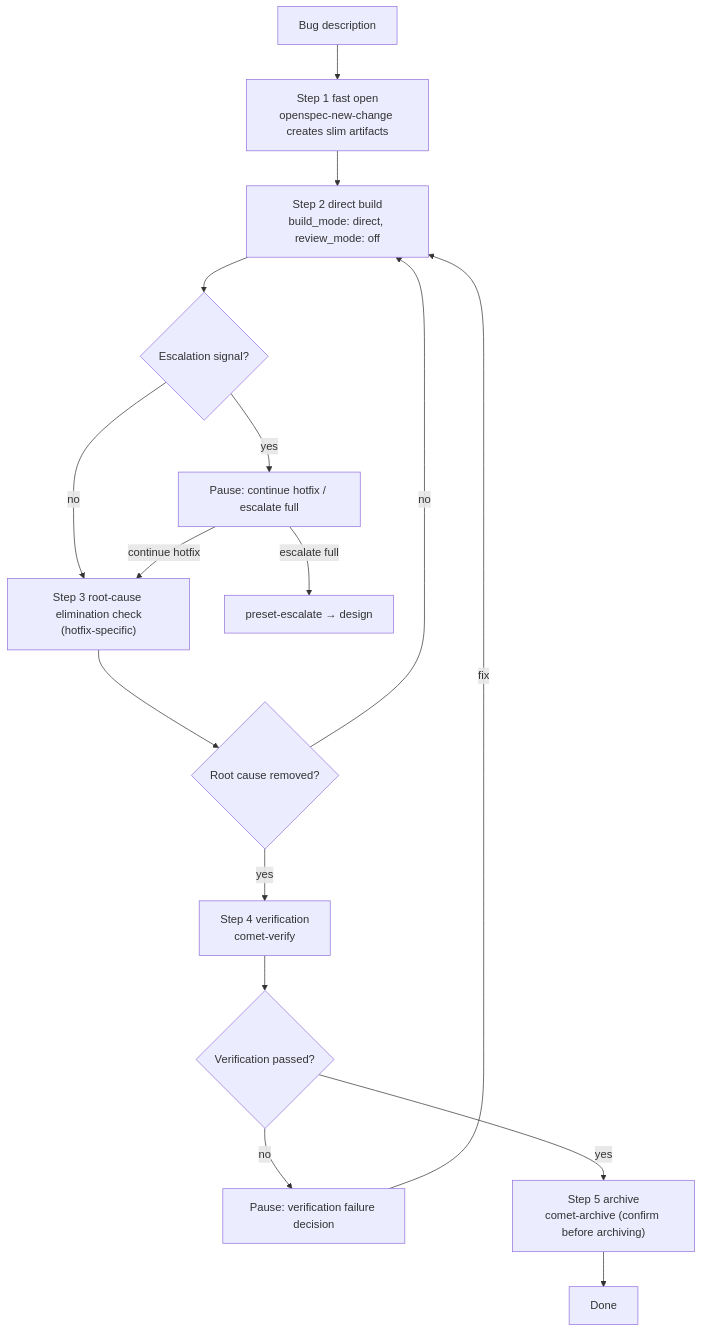
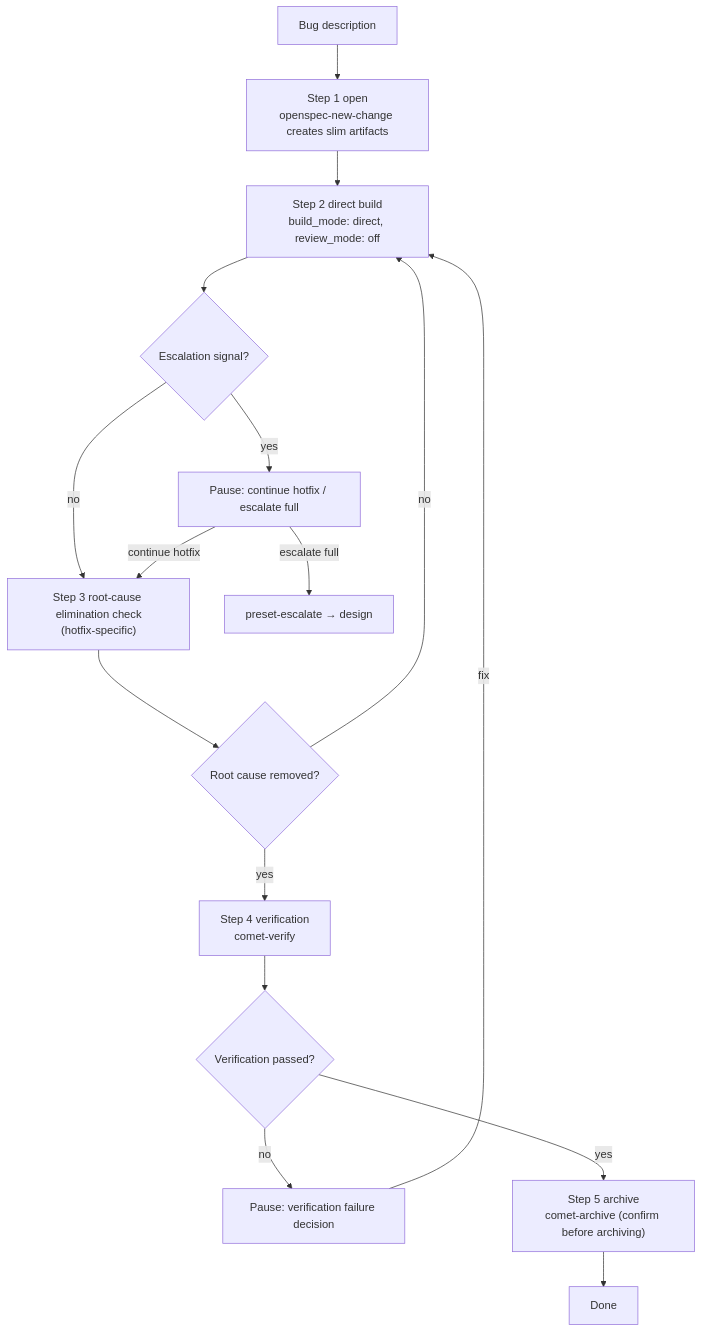
One commit to rpamis/comet-website-docs changed the diagram in en/presets/hotfix.mdx. Above: the diagram before and after it, drawn with Mermaid. The commit also changed other lines of this file and 103 other files, not shown here.

````diff
--- a/en/presets/hotfix.mdx
+++ b/en/presets/hotfix.mdx
@@ -74,18 +74,18 @@
 ```mermaid
 flowchart TD
-    Start["Bug description"] --> S1["Step 1 fast open<br/>openspec-new-change creates slim artifacts"]
+    Start["Bug description"] --> S1["Step 1 open<br/>openspec-new-change creates slim artifacts"]
     S1 --> S2["Step 2 direct build<br/>build_mode: direct, review_mode: off"]
     S2 --> Esc{"Escalation signal?"}
     Esc -->|yes| EscStop["Pause: continue hotfix / escalate full"]
     Esc -->|no| S3["Step 3 root-cause elimination check<br/>(hotfix-specific)"]
     EscStop -->|continue hotfix| S3
     EscStop -->|escalate full| EscUp["preset-escalate → design"]
     S3 --> Root{"Root cause removed?"}
     Root -->|no| S2
     Root -->|yes| S4["Step 4 verification<br/>comet-verify"]
     S4 --> Vf{"Verification passed?"}
     Vf -->|no| VfStop["Pause: verification failure decision"]
     VfStop -->|fix| S2
     Vf -->|yes| S5["Step 5 archive<br/>comet-archive (confirm before archiving)"]
     S5 --> Done["Done"]
 ```
````
